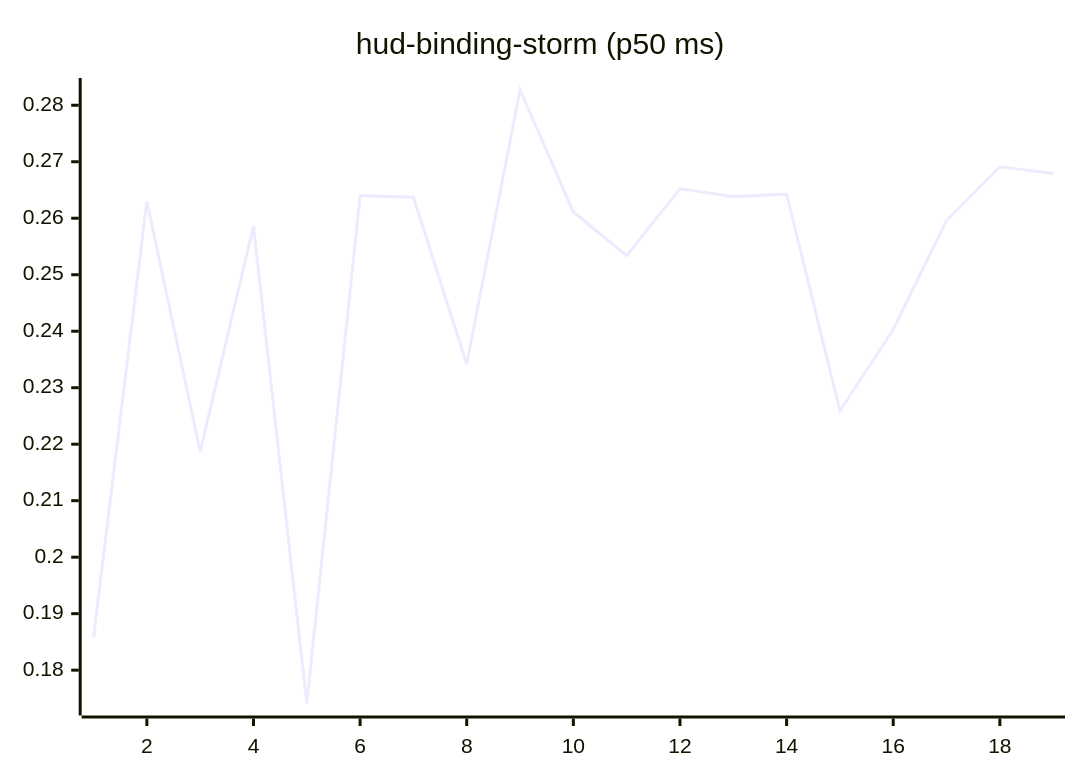
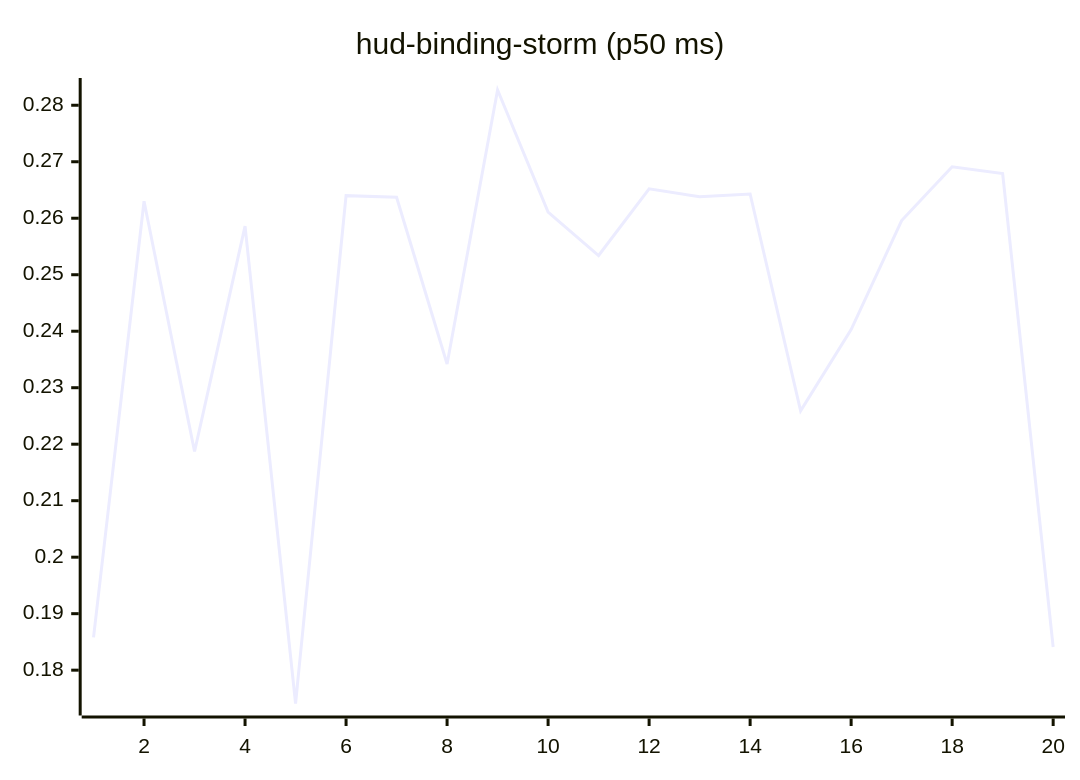
Before and after one commit to josha/Facet: the tenth of 27 diagrams in README.md, drawn with Mermaid. The commit also changed other lines of this file and 2 other files, not shown here.

````diff
--- a/README.md
+++ b/README.md
@@ -126,6 +126,6 @@
 ```mermaid
 xychart-beta
     title "hud-binding-storm (p50 ms)"
-    x-axis 1 --> 19
-    line [0.1858, 0.2630, 0.2187, 0.2586, 0.1741, 0.2640, 0.2637, 0.2342, 0.2827, 0.2611, 0.2534, 0.2652, 0.2638, 0.2643, 0.2259, 0.2403, 0.2596, 0.2691, 0.2679]
+    x-axis 1 --> 20
+    line [0.1858, 0.2630, 0.2187, 0.2586, 0.1741, 0.2640, 0.2637, 0.2342, 0.2827, 0.2611, 0.2534, 0.2652, 0.2638, 0.2643, 0.2259, 0.2403, 0.2596, 0.2691, 0.2679, 0.1841]
 ```
````
